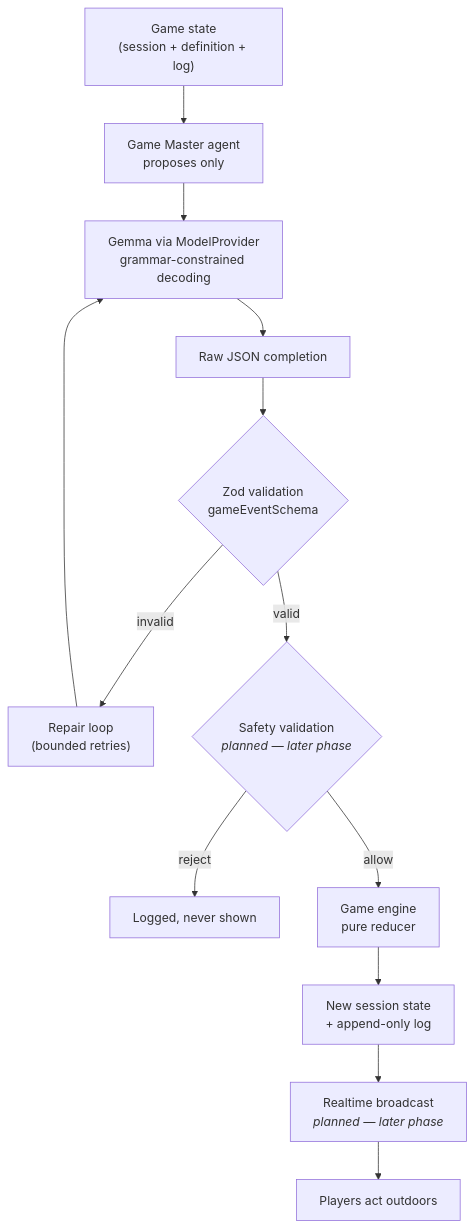
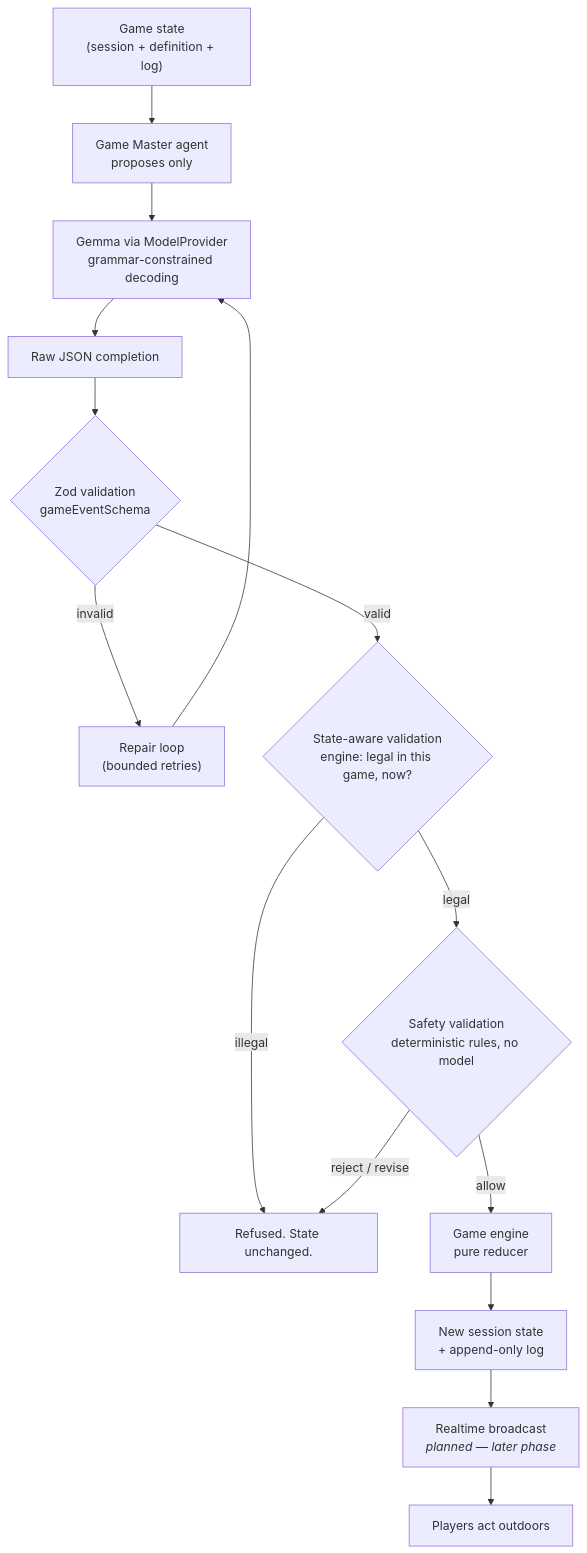
Before and after one commit to SHWETANK-SAURABH/touchgrass-game-master: the first of 9 diagrams in ARCHITECTURE.md, drawn with Mermaid. The commit also changed other lines of this file and 30 other files, not shown here.

Commit message:
feat(safety): add deterministic game-master safety boundary

````diff
--- a/ARCHITECTURE.md
+++ b/ARCHITECTURE.md
@@ -78,20 +78,24 @@
 ```mermaid
 flowchart TD
     State["Game state<br/>(session + definition + log)"] --> Agent
     Agent["Game Master agent<br/>proposes only"] --> Model
     Model["Gemma via ModelProvider<br/>grammar-constrained decoding"] --> Raw
 
     Raw["Raw JSON completion"] --> Zod
     Zod{"Zod validation<br/>gameEventSchema"}
     Zod -- invalid --> Repair["Repair loop<br/>(bounded retries)"]
     Repair --> Model
-    Zod -- valid --> Safety
+    Zod -- valid --> Domain
 
-    Safety{"Safety validation<br/><i>planned — later phase</i>"}
-    Safety -- reject --> Audit["Logged, never shown"]
+    Domain{"State-aware validation<br/>engine: legal in this game, now?"}
+    Domain -- illegal --> Refused["Refused. State unchanged."]
+    Domain -- legal --> Safety
+
+    Safety{"Safety validation<br/>deterministic rules, no model"}
+    Safety -- "reject / revise" --> Refused
     Safety -- allow --> Engine
 
     Engine["Game engine<br/>pure reducer"] --> NewState["New session state<br/>+ append-only log"]
     NewState --> Broadcast["Realtime broadcast<br/><i>planned — later phase</i>"]
     Broadcast --> Players["Players act outdoors"]
 ```
````
